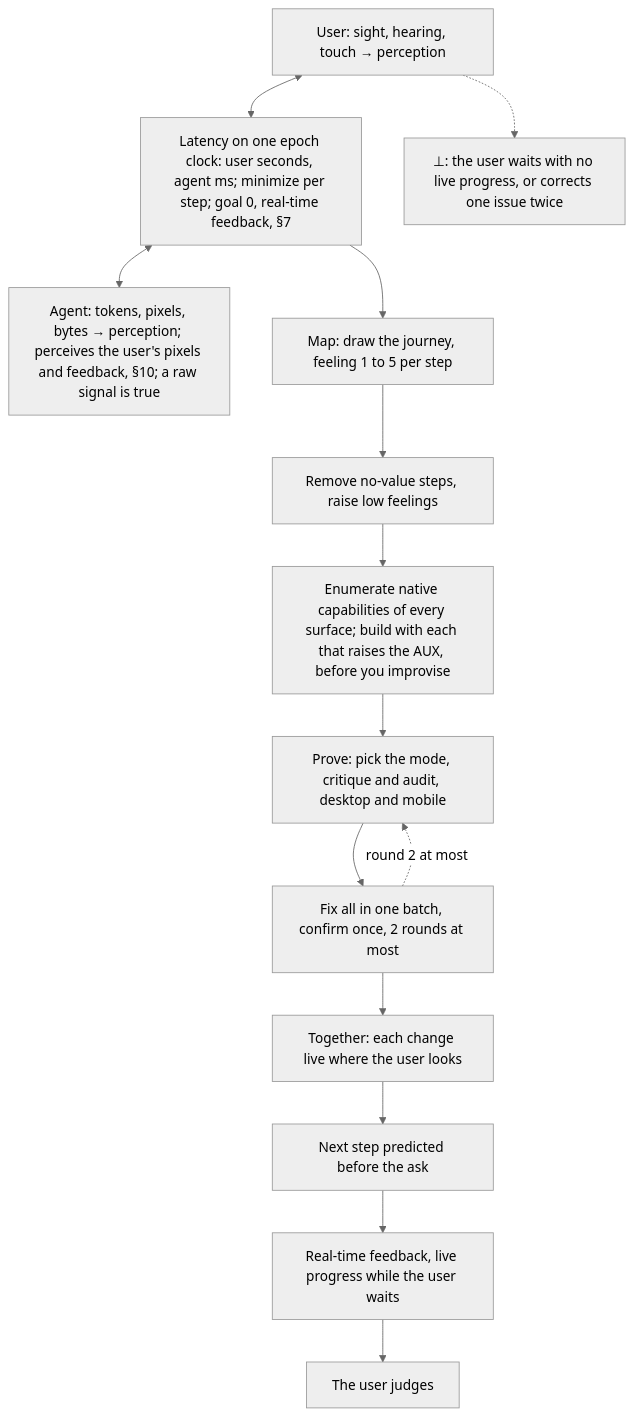
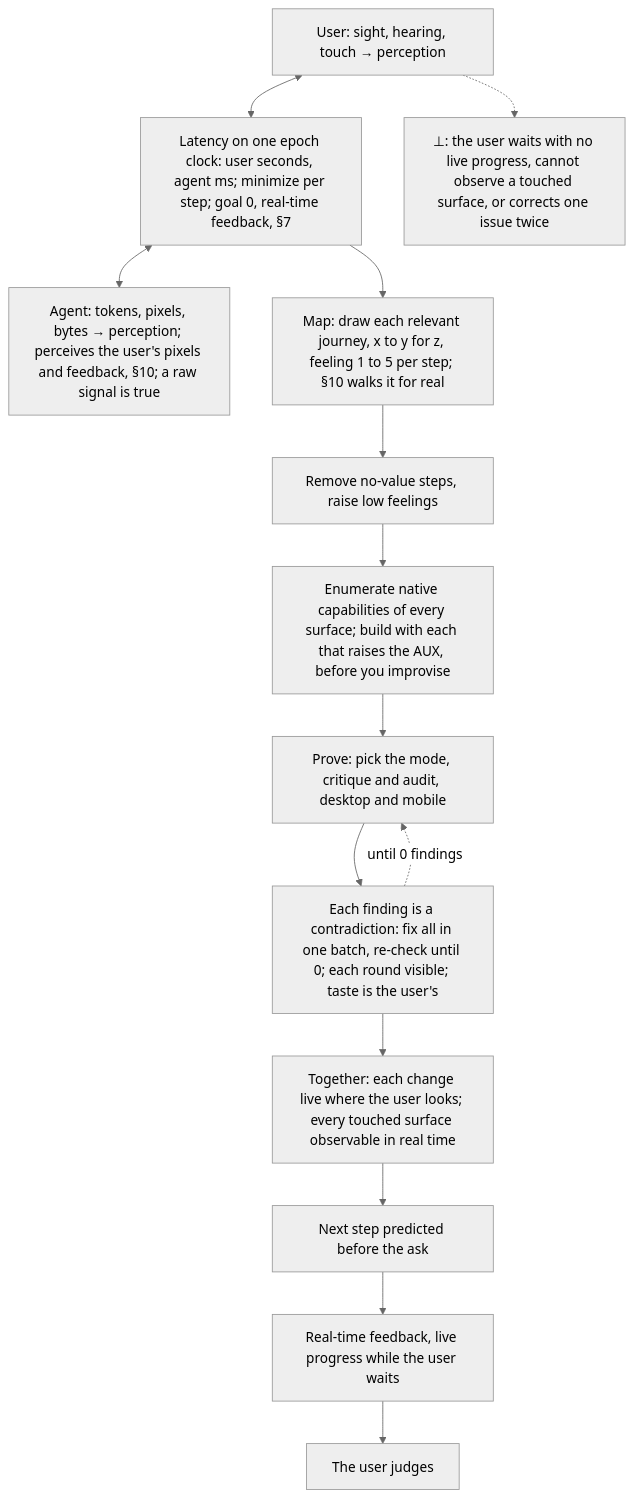
Before and after one commit to SolenixAI/arbiter: the third of 14 diagrams in AGENTS.md, drawn with Mermaid (neutral theme). The commit also changed other lines of this file and 1 other file, not shown here.

First line of the commit message:
docs(arbiter): agents never stop at 99%: one correct way, real journeys, observed in the user's view

````diff
--- a/AGENTS.md
+++ b/AGENTS.md
@@ -158,15 +162,15 @@
 ```mermaid
 flowchart TD
   US["User: sight, hearing, touch → perception"] <--> LT["Latency on one epoch clock: user seconds, agent ms; minimize per step; goal 0, real-time feedback, §7"] <--> AG["Agent: tokens, pixels, bytes → perception; perceives the user's pixels and feedback, §10; a raw signal is true"]
   LT --> M
-  M["Map: draw the journey, feeling 1 to 5 per step"] --> R["Remove no-value steps, raise low feelings"]
+  M["Map: draw each relevant journey, x to y for z, feeling 1 to 5 per step; §10 walks it for real"] --> R["Remove no-value steps, raise low feelings"]
   R --> B["Enumerate native capabilities of every surface; build with each that raises the AUX, before you improvise"]
   B --> P["Prove: pick the mode, critique and audit, desktop and mobile"]
-  P --> F["Fix all in one batch, confirm once, 2 rounds at most"]
-  F -.->|round 2 at most| P
-  F --> T["Together: each change live where the user looks"]
+  P --> F["Each finding is a contradiction: fix all in one batch, re-check until 0; each round visible; taste is the user's"]
+  F -.->|until 0 findings| P
+  F --> T["Together: each change live where the user looks; every touched surface observable in real time"]
   T --> N["Next step predicted before the ask"]
   N --> RT["Real-time feedback, live progress while the user waits"]
   RT --> J["The user judges"]
-  US -.-> BOT["⊥: the user waits with no live progress, or corrects one issue twice"]
+  US -.-> BOT["⊥: the user waits with no live progress, cannot observe a touched surface, or corrects one issue twice"]
 ```
````
